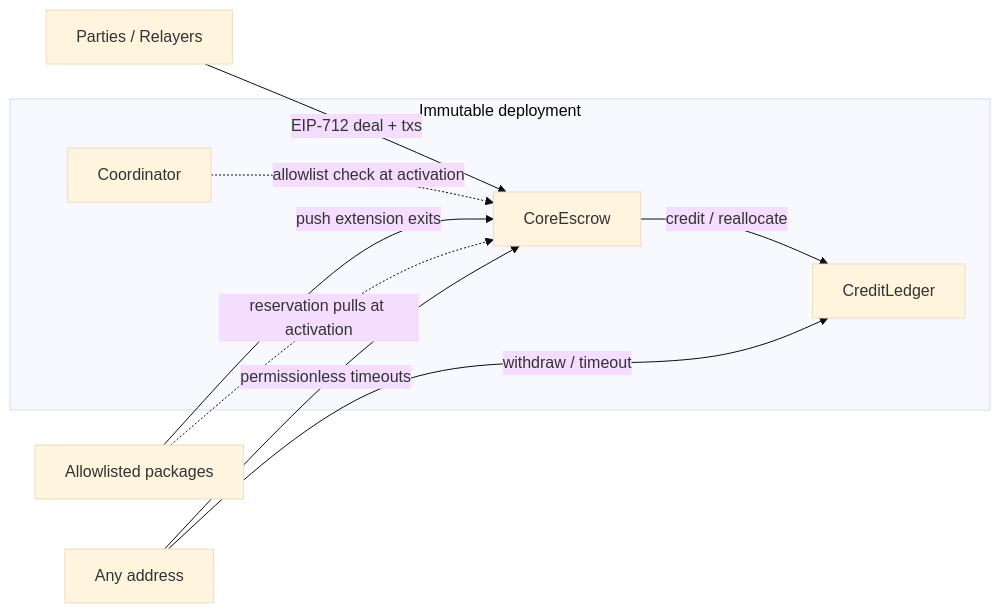
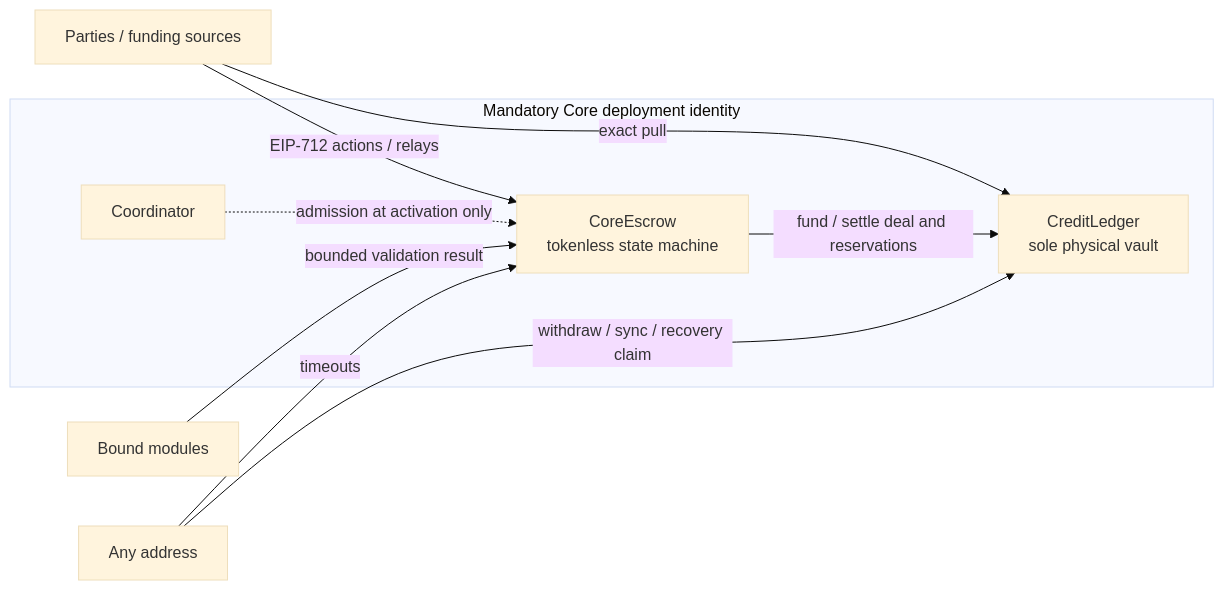
One commit to PluriSwap/pluriswap changed the diagram in docs/superpowers/specs/2026-07-29-core-architecture-immutability-design.md. Above: the diagram before and after it, drawn with Mermaid (base theme). The commit also changed other lines of this file and 12 other files, not shown here.

````diff
--- a/docs/superpowers/specs/2026-07-29-core-architecture-immutability-design.md
+++ b/docs/superpowers/specs/2026-07-29-core-architecture-immutability-design.md
@@ -49,15 +72,16 @@
 ```mermaid
 flowchart LR
-  subgraph deployment [Immutable deployment]
+  subgraph triad [Mandatory Core deployment identity]
     C[Coordinator]
-    E[CoreEscrow]
-    L[CreditLedger]
+    E[CoreEscrow<br/>tokenless state machine]
+    L[CreditLedger<br/>sole physical vault]
   end
-  Parties[Parties / Relayers] -->|EIP-712 deal + txs| E
-  C -.->|allowlist check at activation| E
-  E -->|credit / reallocate| L
-  Modules[Allowlisted packages] -->|push extension exits| E
-  Modules -.->|reservation pulls at activation| E
-  Anyone[Any address] -->|withdraw / timeout| L
-  Anyone -->|permissionless timeouts| E
+
+  Parties[Parties / funding sources] -->|exact pull| L
+  Parties -->|EIP-712 actions / relays| E
+  E -->|fund / settle deal and reservations| L
+  C -.->|admission at activation only| E
+  Modules[Bound modules] -->|bounded validation result| E
+  Anyone[Any address] -->|timeouts| E
+  Anyone -->|withdraw / sync / recovery claim| L
 ```
````
